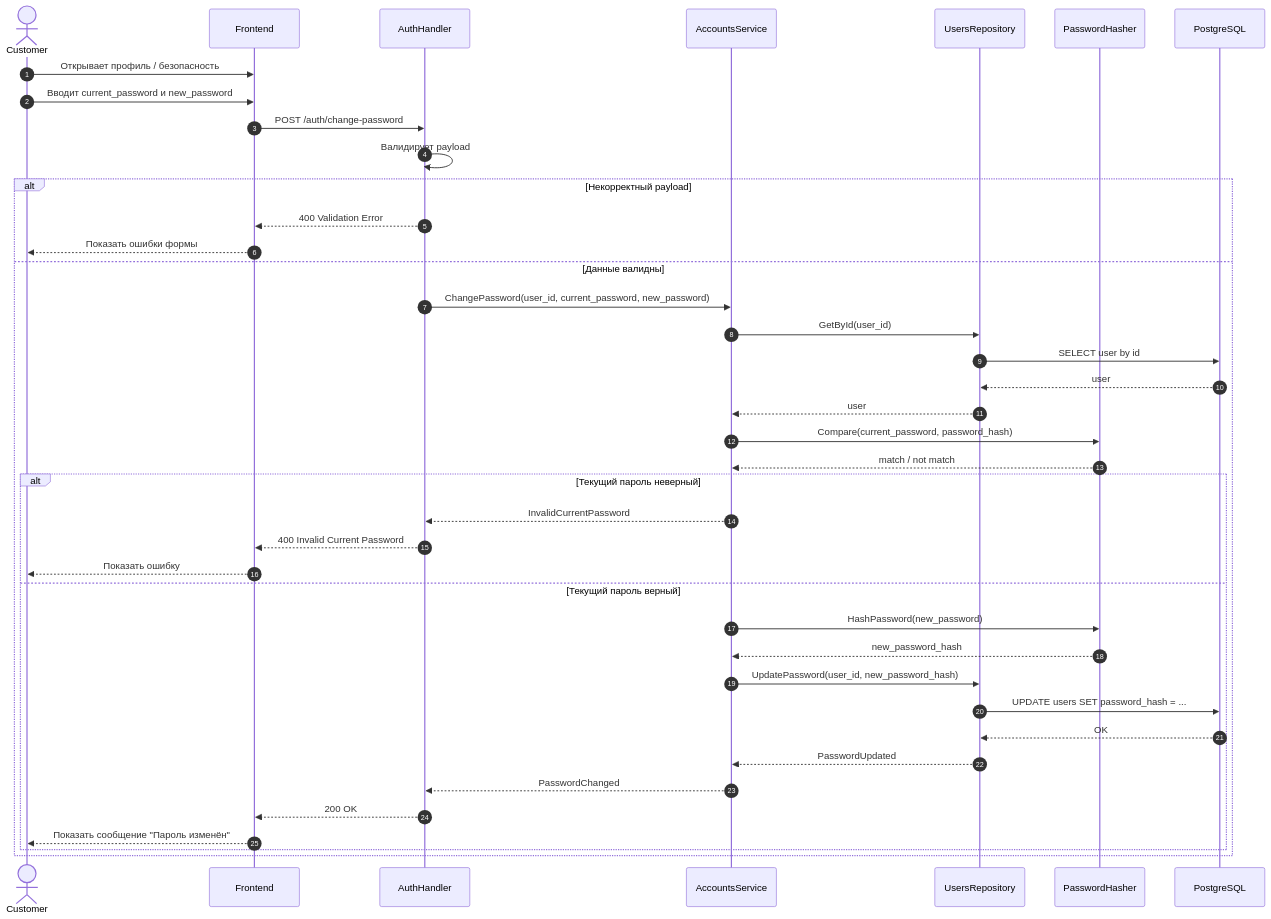
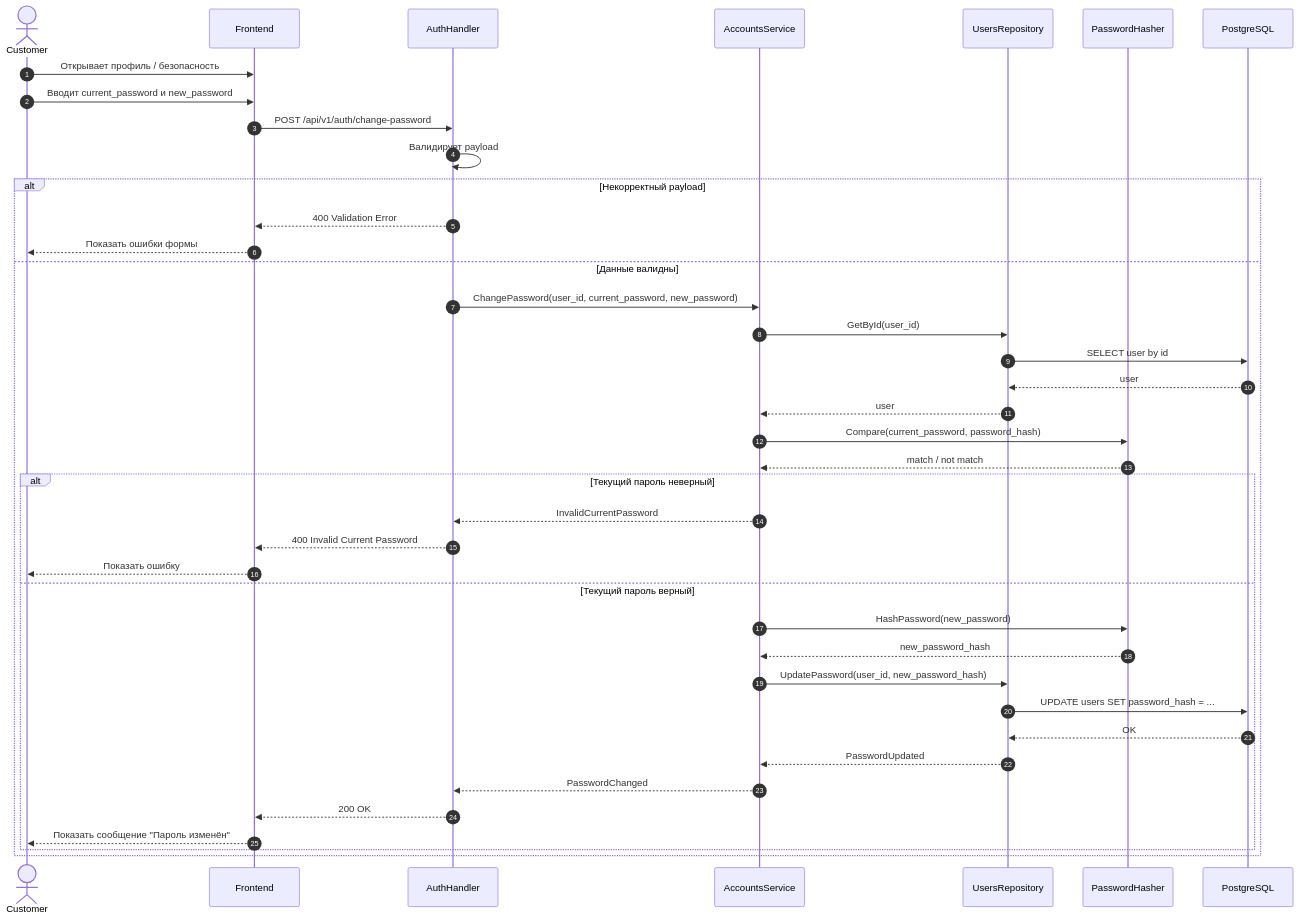
The diagram in docs/Sequence/SD-06.md (k3llone/TrackLink), drawn with Mermaid before and after one commit. The commit also changed other lines of this file and 33 other files, not shown here.

````diff
--- a/docs/Sequence/SD-06.md
+++ b/docs/Sequence/SD-06.md
@@ -3,50 +5,50 @@
 ```mermaid
 sequenceDiagram
     autonumber
 
     actor Customer
     participant FE as Frontend
     participant AH as AuthHandler
     participant AS as AccountsService
     participant UR as UsersRepository
     participant PH as PasswordHasher
     participant DB as PostgreSQL
 
     Customer->>FE: Открывает профиль / безопасность
     Customer->>FE: Вводит current_password и new_password
-    FE->>AH: POST /auth/change-password
+    FE->>AH: POST /api/v1/auth/change-password
 
     AH->>AH: Валидирует payload
     alt Некорректный payload
         AH-->>FE: 400 Validation Error
         FE-->>Customer: Показать ошибки формы
     else Данные валидны
         AH->>AS: ChangePassword(user_id, current_password, new_password)
 
         AS->>UR: GetById(user_id)
         UR->>DB: SELECT user by id
         DB-->>UR: user
         UR-->>AS: user
 
         AS->>PH: Compare(current_password, password_hash)
         PH-->>AS: match / not match
 
         alt Текущий пароль неверный
             AS-->>AH: InvalidCurrentPassword
             AH-->>FE: 400 Invalid Current Password
             FE-->>Customer: Показать ошибку
         else Текущий пароль верный
             AS->>PH: HashPassword(new_password)
             PH-->>AS: new_password_hash
 
             AS->>UR: UpdatePassword(user_id, new_password_hash)
             UR->>DB: UPDATE users SET password_hash = ...
             DB-->>UR: OK
             UR-->>AS: PasswordUpdated
 
             AS-->>AH: PasswordChanged
             AH-->>FE: 200 OK
             FE-->>Customer: Показать сообщение "Пароль изменён"
         end
     end
 ```
````
